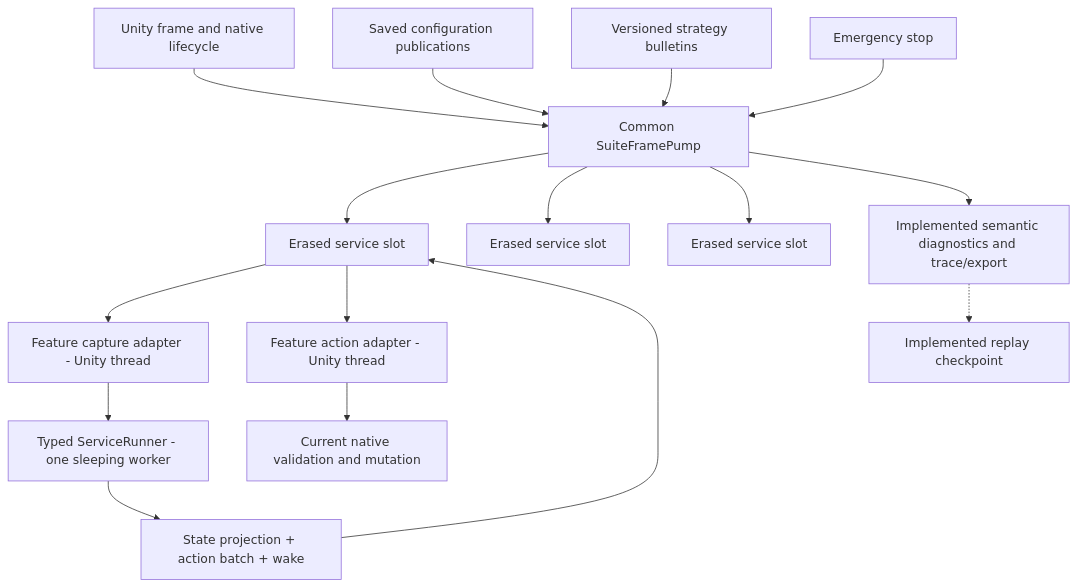
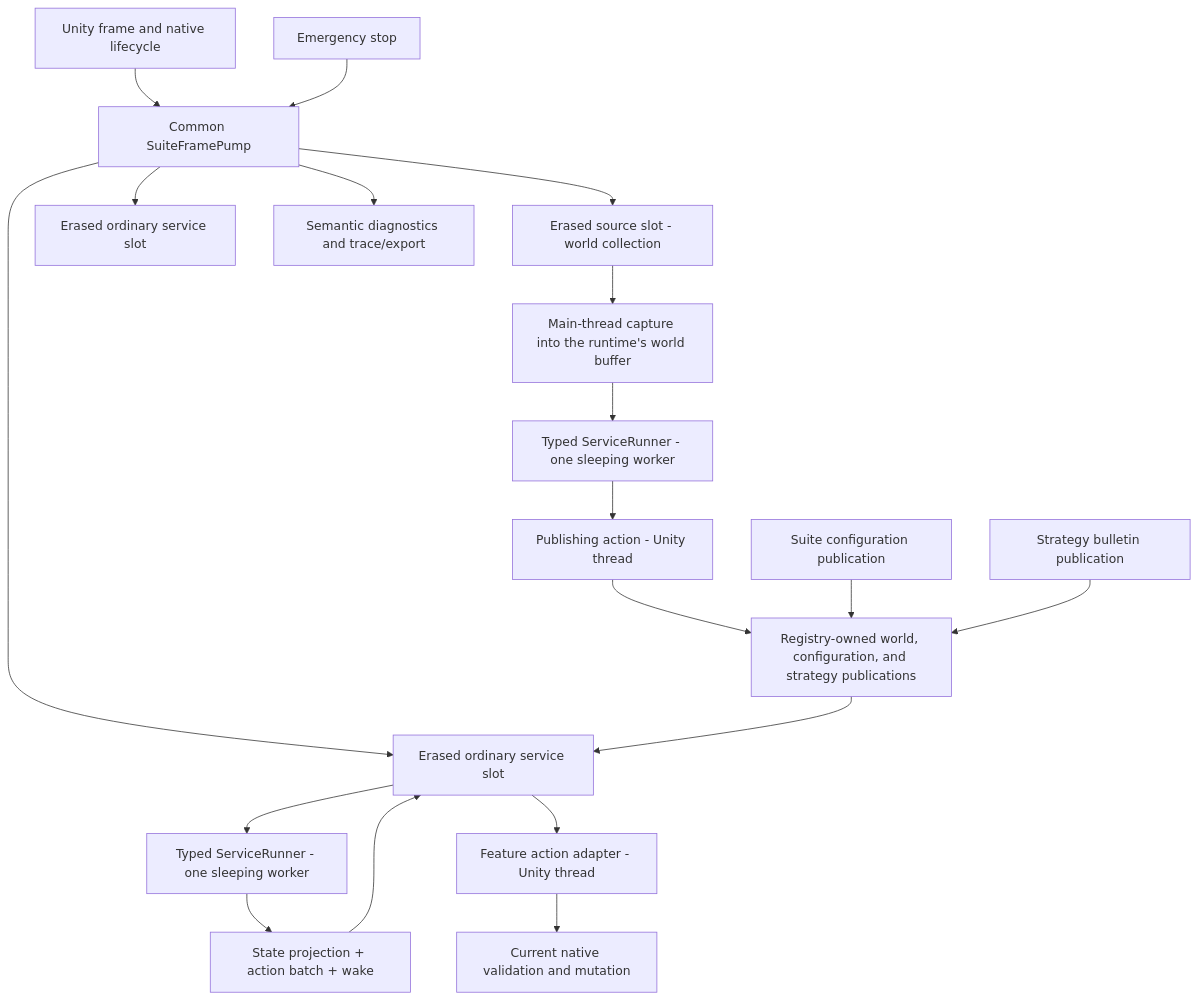
Before and after one commit to Vojow/OrbOfCreation-ModSuite: the first of 2 diagrams in docs/runtime-architecture/architecture.md, drawn with Mermaid. The commit also changed other lines of this file and 1425 other files, not shown here.

````diff
--- a/docs/runtime-architecture/architecture.md
+++ b/docs/runtime-architecture/architecture.md
@@ -12,21 +11,26 @@
 ```mermaid
 flowchart TB
     Unity["Unity frame and native lifecycle"] --> Pump["Common SuiteFramePump"]
-    Config["Saved configuration publications"] --> Pump
-    Strategy["Versioned strategy bulletins"] --> Pump
     Emergency["Emergency stop"] --> Pump
 
-    Pump --> SlotA["Erased service slot"]
-    Pump --> SlotB["Erased service slot"]
-    Pump --> SlotN["Erased service slot"]
+    Pump --> SourceSlot["Erased source slot - world collection"]
+    Pump --> SlotA["Erased ordinary service slot"]
+    Pump --> SlotN["Erased ordinary service slot"]
 
-    SlotA --> Capture["Feature capture adapter - Unity thread"]
-    Capture --> Runner["Typed ServiceRunner - one sleeping worker"]
+    SourceSlot --> Capture["Main-thread capture into the runtime's world buffer"]
+    Capture --> SourceRunner["Typed ServiceRunner - one sleeping worker"]
+    SourceRunner --> Publish["Publishing action - Unity thread"]
+    Publish --> Pins
+
+    Config["Suite configuration publication"] --> Pins
+    Strategy["Strategy bulletin publication"] --> Pins
+    Pins["Registry-owned world, configuration, and strategy publications"] --> SlotA
+
+    SlotA --> Runner["Typed ServiceRunner - one sleeping worker"]
     Runner --> Response["State projection + action batch + wake"]
     Response --> SlotA
     SlotA --> Action["Feature action adapter - Unity thread"]
     Action --> Game["Current native validation and mutation"]
 
-    Pump --> Telemetry["Implemented semantic diagnostics and trace/export"]
-    Telemetry -.-> Replay["Implemented replay checkpoint"]
+    Pump --> Telemetry["Semantic diagnostics and trace/export"]
 ```
````
